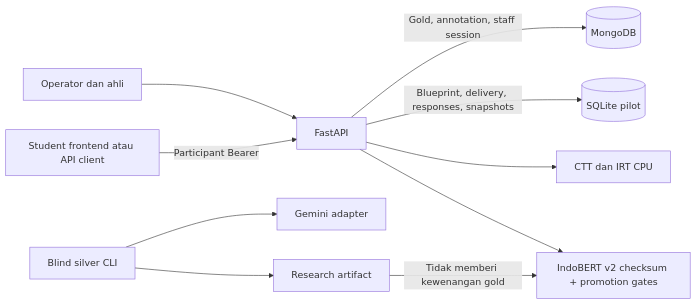
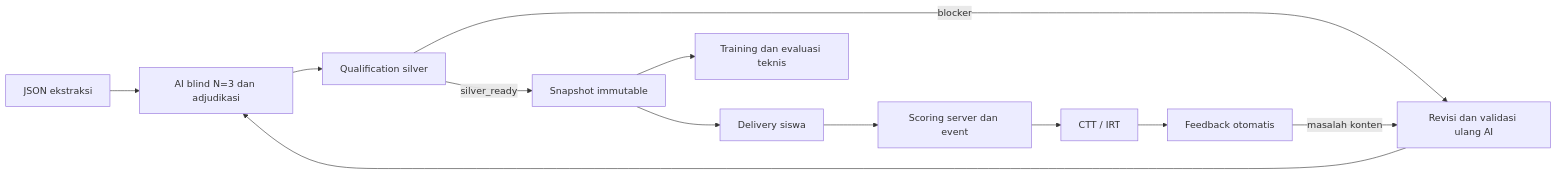
One commit to Project-Big-Data-26/assessment_service changed the diagram in API_DOCUMENTATION/01_API_ARCHITECTURE.md. Above: the diagram before and after it, drawn with Mermaid. The commit also changed other lines of this file and 280 other files, not shown here.

First line of the commit message:
Refactor tests to replace "gold" terminology with "silver" and update related logic

````diff
--- a/API_DOCUMENTATION/01_API_ARCHITECTURE.md
+++ b/API_DOCUMENTATION/01_API_ARCHITECTURE.md
@@ -5,12 +3,14 @@
 ```mermaid
 flowchart LR
-  O[Operator dan ahli] --> A[FastAPI]
-  S[Student frontend atau API client] -->|Participant Bearer| A
-  A -->|Gold, annotation, staff session| M[(MongoDB)]
-  A -->|Blueprint, delivery, responses, snapshots| D[(SQLite pilot)]
-  A --> P[CTT dan IRT CPU]
-  A --> I[IndoBERT v2 checksum + promotion gates]
-  B[Blind silver CLI] --> G[Gemini adapter]
-  B --> R[Research artifact]
-  R -->|Tidak memberi kewenangan gold| I
+  J[JSON ekstraksi] --> L[AI blind N=3 dan adjudikasi]
+  L --> Q[Qualification silver]
+  Q -->|silver_ready| S[Snapshot immutable]
+  Q -->|blocker| R[Revisi dan validasi ulang AI]
+  S --> D[Delivery siswa]
+  D --> E[Scoring server dan event]
+  E --> P[CTT / IRT]
+  P --> F[Feedback otomatis]
+  F -->|masalah konten| R
+  R --> L
+  S --> T[Training dan evaluasi teknis]
 ```
````
